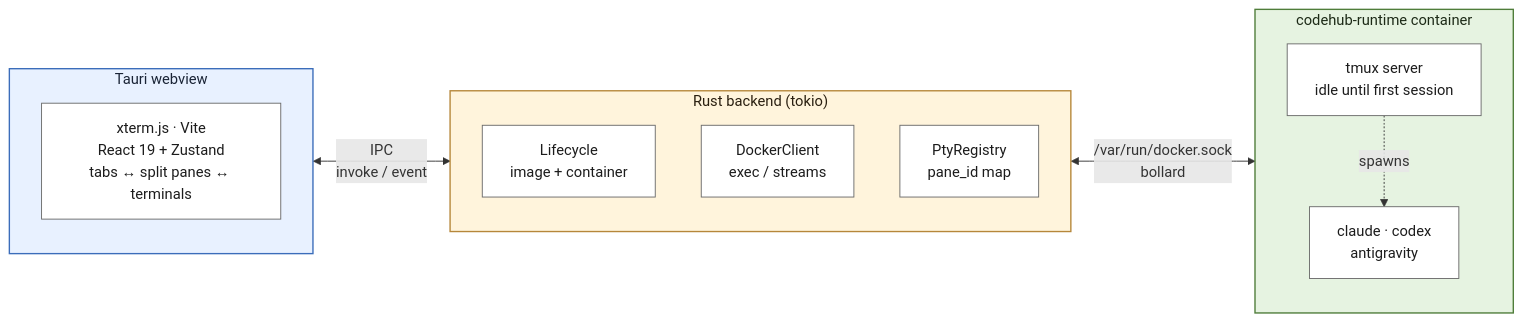
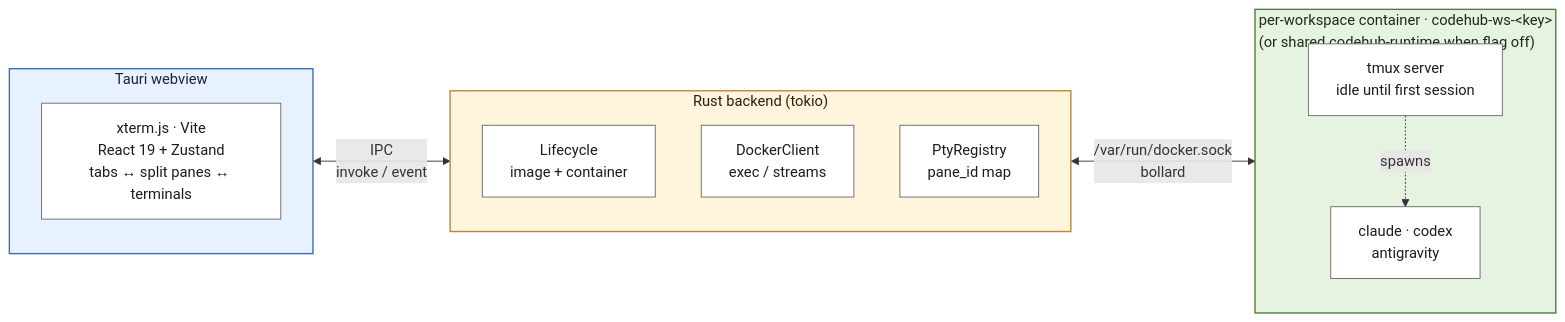
The first of 3 diagrams in README.md (mpolatcan/codehub), drawn with Mermaid before and after one commit. The commit also changed other lines of this file and 15 other files, not shown here.

````diff
--- a/README.md
+++ b/README.md
@@ -13,34 +13,34 @@
 ```mermaid
 flowchart LR
     subgraph webview["Tauri webview"]
         direction TB
         UI["xterm.js · Vite<br/>React 19 + Zustand<br/>tabs ↔ split panes ↔ terminals"]
     end
 
     subgraph backend["Rust backend (tokio)"]
         direction TB
         LC["Lifecycle<br/>image + container"]
         DC["DockerClient<br/>exec / streams"]
         PR["PtyRegistry<br/>pane_id map"]
     end
 
-    subgraph runtime["codehub-runtime container"]
+    subgraph runtime["per-workspace container · codehub-ws-&lt;key&gt;<br/>(or shared codehub-runtime when flag off)"]
         direction TB
         TMUX["tmux server<br/>idle until first session"]
         CLIS["claude · codex<br/>antigravity"]
         TMUX -. spawns .-> CLIS
     end
 
     webview <-- "IPC<br/>invoke / event" --> backend
     backend <-- "/var/run/docker.sock<br/>bollard" --> runtime
 
     classDef webviewBox fill:#e8f1ff,stroke:#3b6dba,stroke-width:1.5px,color:#1a2436
     classDef backendBox fill:#fff4dc,stroke:#b6873a,stroke-width:1.5px,color:#2a1f10
     classDef runtimeBox fill:#e6f3e1,stroke:#4f7d3a,stroke-width:1.5px,color:#1d2a17
     classDef inner    fill:#ffffff,stroke:#6a6a6a,stroke-width:1px,color:#1c1c1c
 
     class webview webviewBox
     class backend backendBox
     class runtime runtimeBox
     class UI,LC,DC,PR,TMUX,CLIS inner
 ```
````
